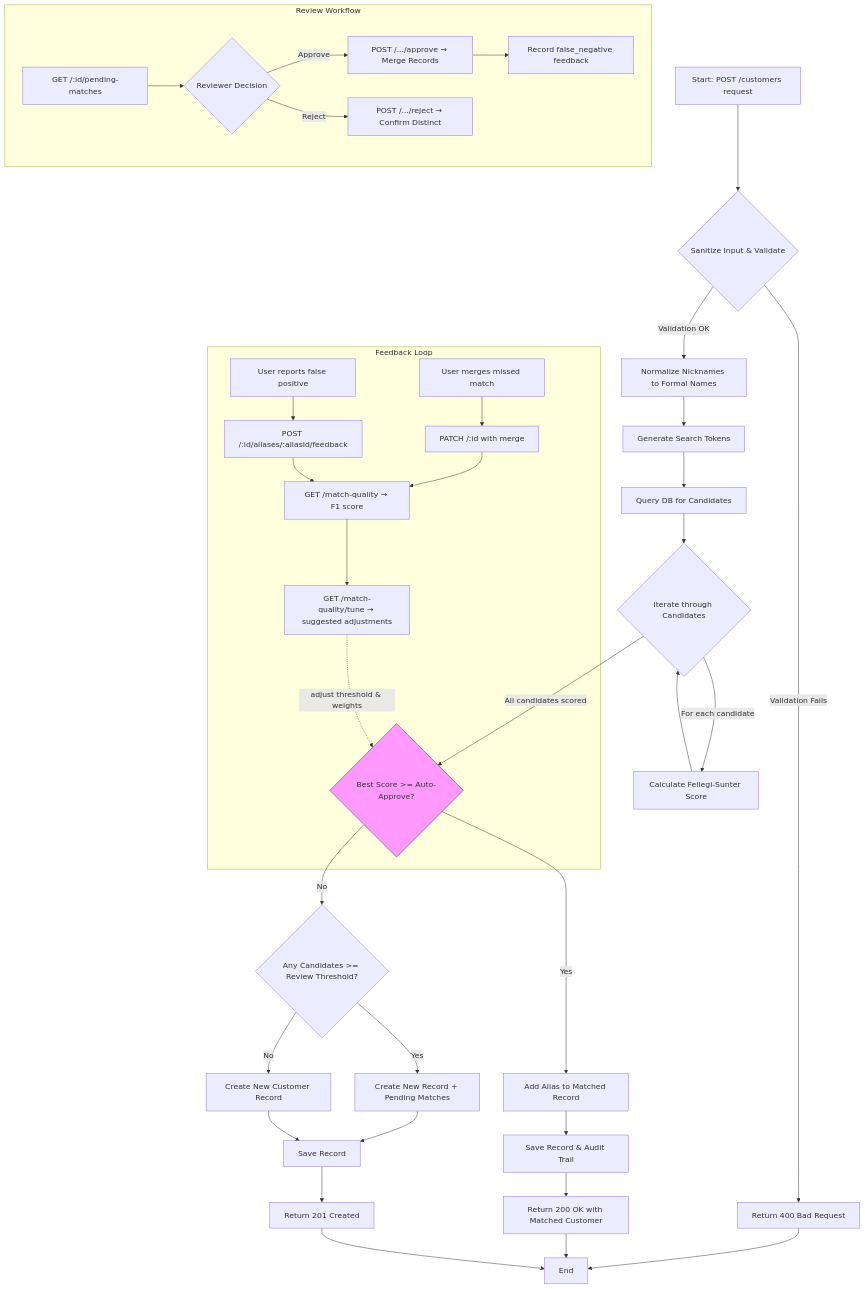
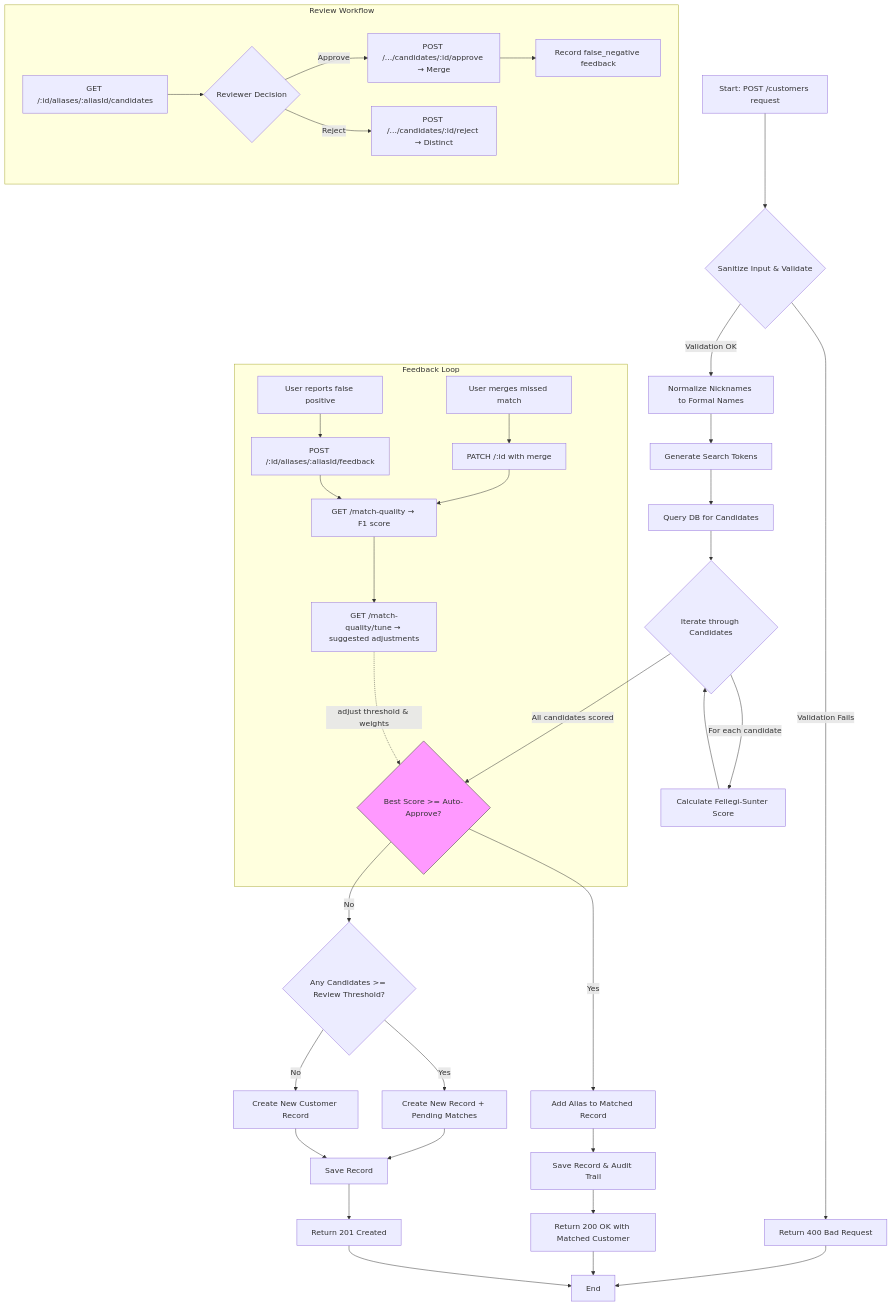
Before and after one commit to cesau78/s14s-identify: the diagram in README.md, drawn with Mermaid. The commit also changed other lines of this file and 8 other files, not shown here.

First line of the commit message:
feat: Restructure candidates as alias children with pre-save token generation

````diff
--- a/README.md
+++ b/README.md
@@ -103,43 +103,43 @@
 ```mermaid
 graph TD
     A[Start: POST /customers request] --> B{Sanitize Input & Validate};
     B -- Validation Fails --> C[Return 400 Bad Request];
     B -- Validation OK --> N[Normalize Nicknames to Formal Names];
     N --> D[Generate Search Tokens];
     D --> E[Query DB for Candidates];
     E --> F{Iterate through Candidates};
     F -- For each candidate --> G[Calculate Fellegi-Sunter Score];
     G --> F;
     F -- All candidates scored --> H{Best Score >= Auto-Approve?};
     H -- Yes --> I[Add Alias to Matched Record];
     I --> K[Save Record & Audit Trail];
     K --> L[Return 200 OK with Matched Customer];
     H -- No --> NM{Any Candidates >= Review Threshold?};
     NM -- Yes --> J2[Create New Record + Pending Matches];
     NM -- No --> J[Create New Customer Record];
     J --> K2[Save Record];
     J2 --> K2;
     K2 --> L2[Return 201 Created];
     L --> M[End];
     C --> M;
     L2 --> M;
 
     subgraph Review Workflow
-        PM[GET /:id/pending-matches] --> RV{Reviewer Decision};
-        RV -- Approve --> AP[POST /.../approve → Merge Records];
-        RV -- Reject --> RJ[POST /.../reject → Confirm Distinct];
+        PM[GET /:id/aliases/:aliasId/candidates] --> RV{Reviewer Decision};
+        RV -- Approve --> AP[POST /.../candidates/:id/approve → Merge];
+        RV -- Reject --> RJ[POST /.../candidates/:id/reject → Distinct];
         AP --> FB2[Record false_negative feedback];
     end
 
     style H fill:#f9f,stroke:#333
     linkStyle default stroke:#333
 
     subgraph Feedback Loop
         Q[User reports false positive] --> R[POST /:id/aliases/:aliasId/feedback];
         S[User merges missed match] --> T[PATCH /:id with merge];
         R --> U[GET /match-quality → F1 score];
         T --> U;
         U --> V[GET /match-quality/tune → suggested adjustments];
         V -. adjust threshold & weights .-> H;
     end
 ```
````
